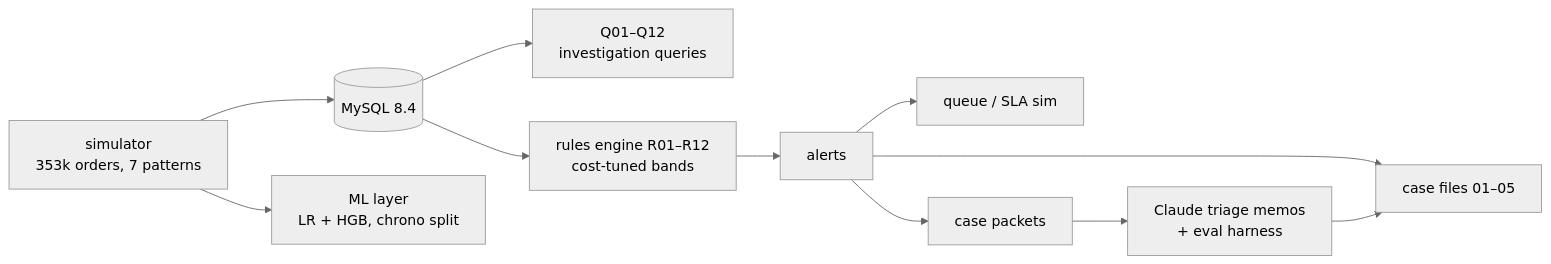
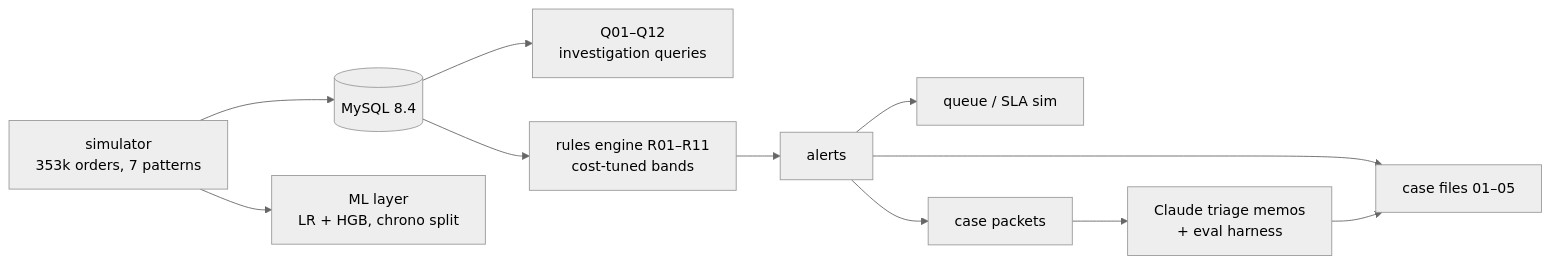
One commit to nacapule/bnpl-fraud-workbench changed the diagram in README.md. Above: the diagram before and after it, drawn with Mermaid (neutral theme). The commit also changed other lines of this file and 12 other files, not shown here.

````diff
--- a/README.md
+++ b/README.md
@@ -18,13 +18,13 @@
 ```mermaid
 graph LR
     S[simulator<br/>353k orders, 7 patterns] --> DB[(MySQL 8.4)]
     DB --> Q[Q01–Q12<br/>investigation queries]
-    DB --> R[rules engine R01–R12<br/>cost-tuned bands]
+    DB --> R[rules engine R01–R11<br/>cost-tuned bands]
     R --> AL[alerts]
     AL --> QS[queue / SLA sim]
     AL --> PK[case packets]
     PK --> LLM[Claude triage memos<br/>+ eval harness]
     S --> M[ML layer<br/>LR + HGB, chrono split]
     AL --> C[case files 01–05]
     LLM --> C
 ```
````
